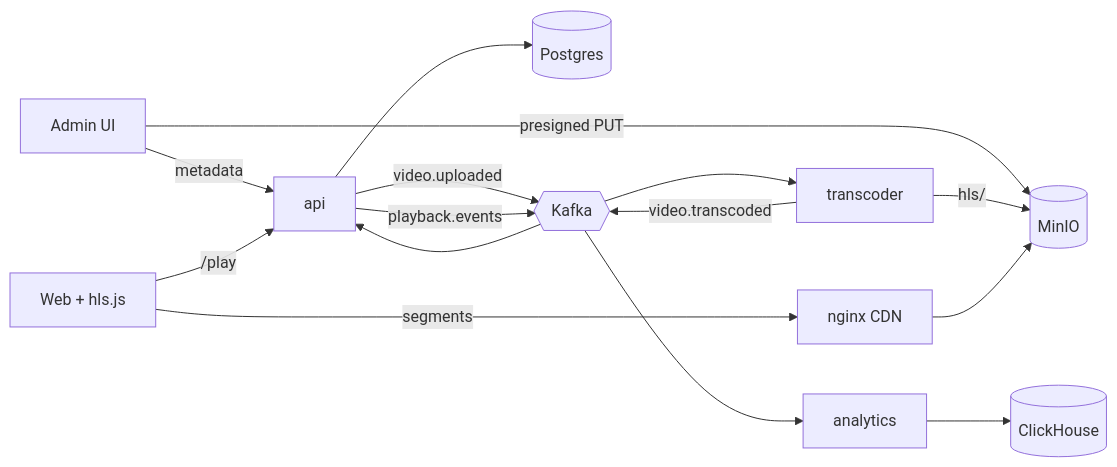
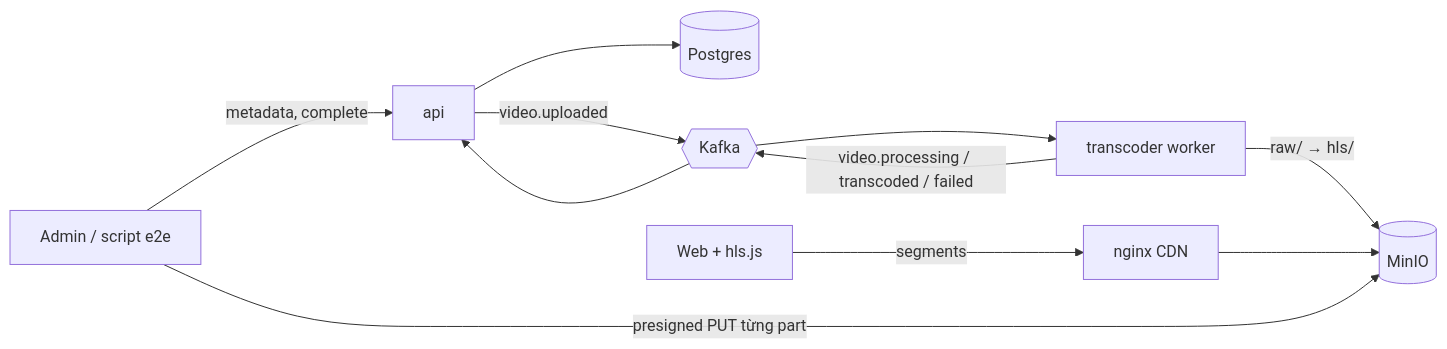
One commit to doba202/streaming-vod changed the diagram in docs/architecture.md. Above: the diagram before and after it, drawn with Mermaid. The commit also changed other lines of this file and 10 other files, not shown here.

````diff
--- a/docs/architecture.md
+++ b/docs/architecture.md
@@ -7,16 +7,13 @@
 ```mermaid
 flowchart LR
-  Admin[Admin UI] -->|metadata| API[api]
-  Admin -->|presigned PUT| S3[(MinIO)]
+  Admin[Admin / script e2e] -->|metadata, complete| API[api]
+  Admin -->|presigned PUT từng part| S3[(MinIO)]
   API --> PG[(Postgres)]
   API -->|video.uploaded| K{{Kafka}}
-  K --> T[transcoder]
-  T -->|hls/| S3
-  T -->|video.transcoded| K
+  K --> T[transcoder worker]
+  T -->|raw/ → hls/| S3
+  T -->|video.processing / transcoded / failed| K
   K --> API
-  Viewer[Web + hls.js] -->|/play| API
-  Viewer -->|segments| N[nginx CDN]
+  Viewer[Web + hls.js] -->|segments| N[nginx CDN]
   N --> S3
-  API -->|playback.events| K
-  K --> AN[analytics] --> CH[(ClickHouse)]
 ```
````
